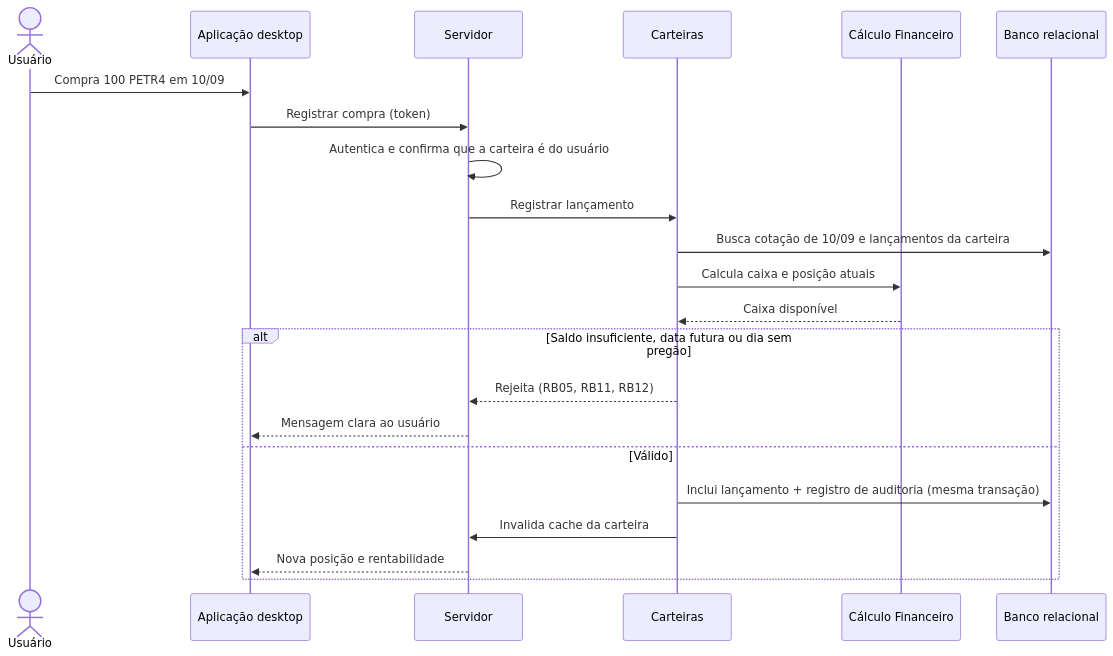
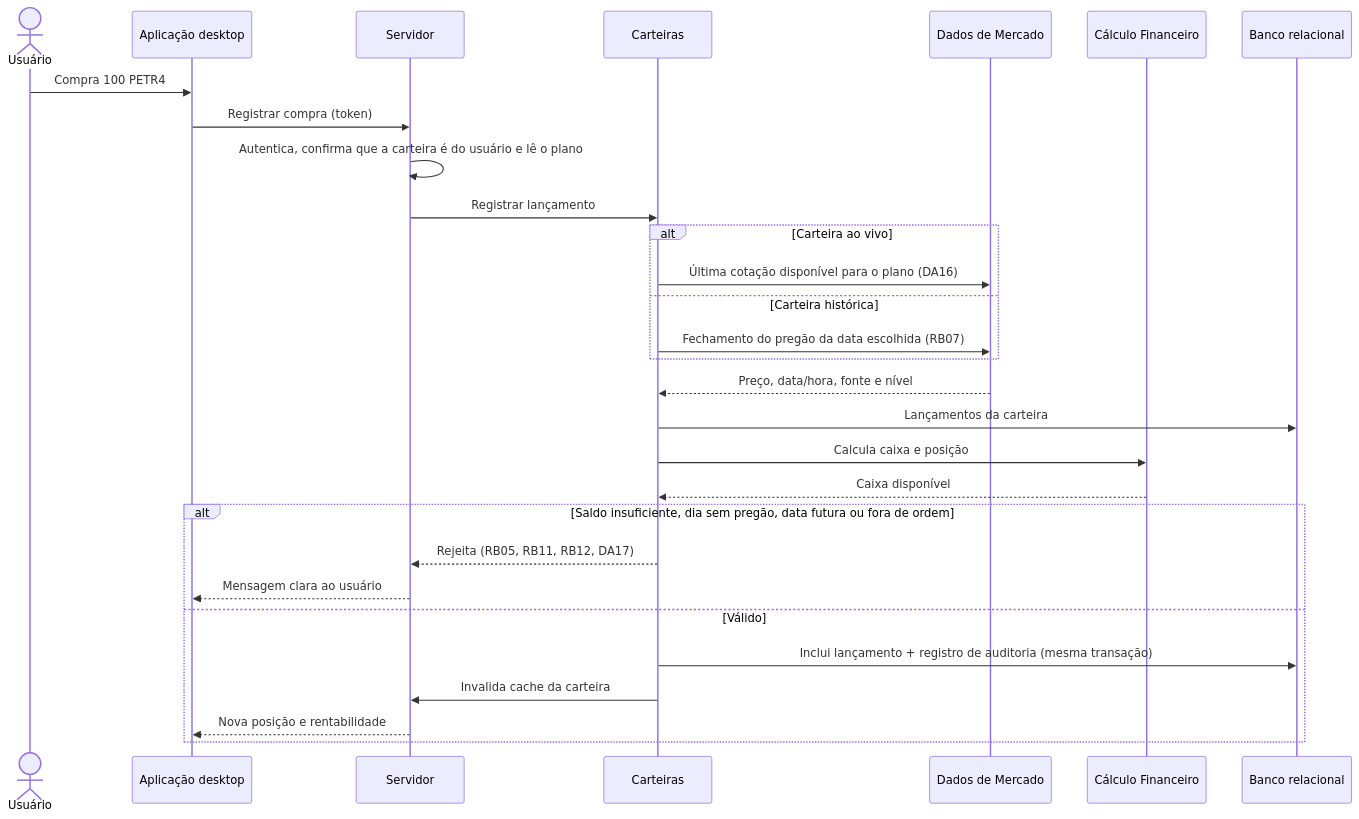
The fourth of 9 diagrams in arquitetura.md (AnjiNight/Revolution-THE-BOB), drawn with Mermaid before and after one commit. The commit also changed other lines of this file and 24 other files, not shown here.

````diff
--- a/arquitetura.md
+++ b/arquitetura.md
@@ -451,25 +287,32 @@
 ```mermaid
 sequenceDiagram
     actor U as Usuário
     participant APP as Aplicação desktop
     participant API as Servidor
     participant CART as Carteiras
+    participant MKT as Dados de Mercado
     participant CALC as Cálculo Financeiro
     participant DB as Banco relacional
 
-    U->>APP: Compra 100 PETR4 em 10/09
+    U->>APP: Compra 100 PETR4
     APP->>API: Registrar compra (token)
-    API->>API: Autentica e confirma que a carteira é do usuário
+    API->>API: Autentica, confirma que a carteira é do usuário e lê o plano
     API->>CART: Registrar lançamento
-    CART->>DB: Busca cotação de 10/09 e lançamentos da carteira
-    CART->>CALC: Calcula caixa e posição atuais
+    alt Carteira ao vivo
+        CART->>MKT: Última cotação disponível para o plano (DA16)
+    else Carteira histórica
+        CART->>MKT: Fechamento do pregão da data escolhida (RB07)
+    end
+    MKT-->>CART: Preço, data/hora, fonte e nível
+    CART->>DB: Lançamentos da carteira
+    CART->>CALC: Calcula caixa e posição
     CALC-->>CART: Caixa disponível
-    alt Saldo insuficiente, data futura ou dia sem pregão
-        CART-->>API: Rejeita (RB05, RB11, RB12)
+    alt Saldo insuficiente, dia sem pregão, data futura ou fora de ordem
+        CART-->>API: Rejeita (RB05, RB11, RB12, DA17)
         API-->>APP: Mensagem clara ao usuário
     else Válido
         CART->>DB: Inclui lançamento + registro de auditoria (mesma transação)
         CART->>API: Invalida cache da carteira
         API-->>APP: Nova posição e rentabilidade
     end
 ```
````
